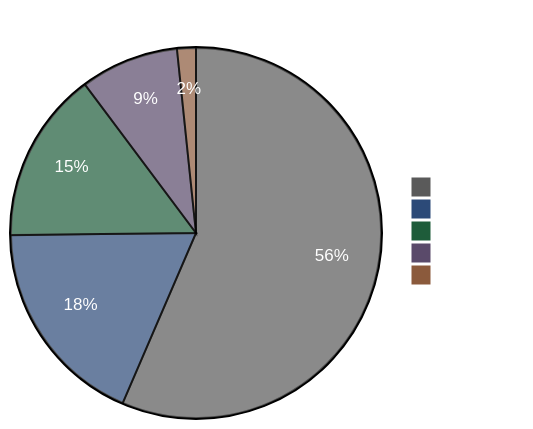
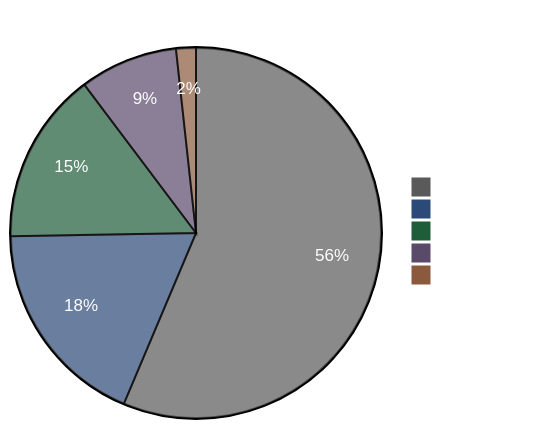
Before and after one commit to ccmeteorljh/reco-arxiv-daily: the diagram in README.md, drawn with Mermaid. The commit also changed other lines of this file and 7 other files, not shown here.

````diff
--- a/README.md
+++ b/README.md
@@ -6,19 +6,19 @@
 ```mermaid
 %%{init: {'theme':'base', 'themeVariables': {
   'pie1':'#5a5a5a',
   'pie2':'#2c4a78',
   'pie3':'#1e5c3a',
   'pie4':'#5a4a6a',
   'pie5':'#8b5a3c',
   'pieTitleTextColor':'#ffffff',
   'pieSectionTextColor':'#ffffff',
   'pieLegendTextColor':'#ffffff'
 }}}%%
 pie showData
 title Paper Distribution by Tag
-  "Other" : 619
-  "LLM" : 201
-  "GR" : 164
+  "Other" : 620
+  "LLM" : 202
+  "GR" : 165
   "Seq" : 94
-  "Scaling" : 18
+  "Scaling" : 19
 ```
````
